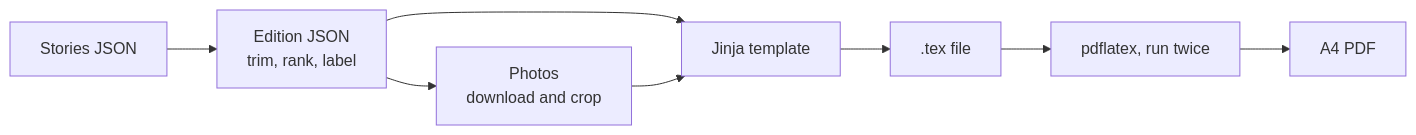
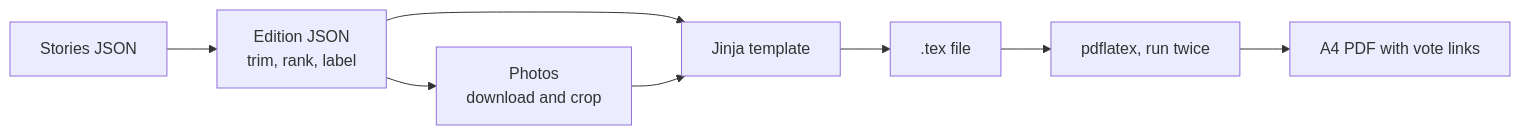
One commit to rameenbabarr/personalized-newspaper changed the third of 3 diagrams in docs/how-it-works.md. Above: the diagram before and after it, drawn with Mermaid. The commit also changed other lines of this file and 2 other files, not shown here.

````diff
--- a/docs/how-it-works.md
+++ b/docs/how-it-works.md
@@ -183,10 +458,10 @@
 ```mermaid
 flowchart LR
   A[Stories JSON] --> B[Edition JSON<br/>trim, rank, label]
   B --> C[Photos<br/>download and crop]
   B --> D[Jinja template]
   C --> D
   D --> E[.tex file]
   E --> F[pdflatex, run twice]
-  F --> G[A4 PDF]
+  F --> G[A4 PDF with vote links]
 ```
````
